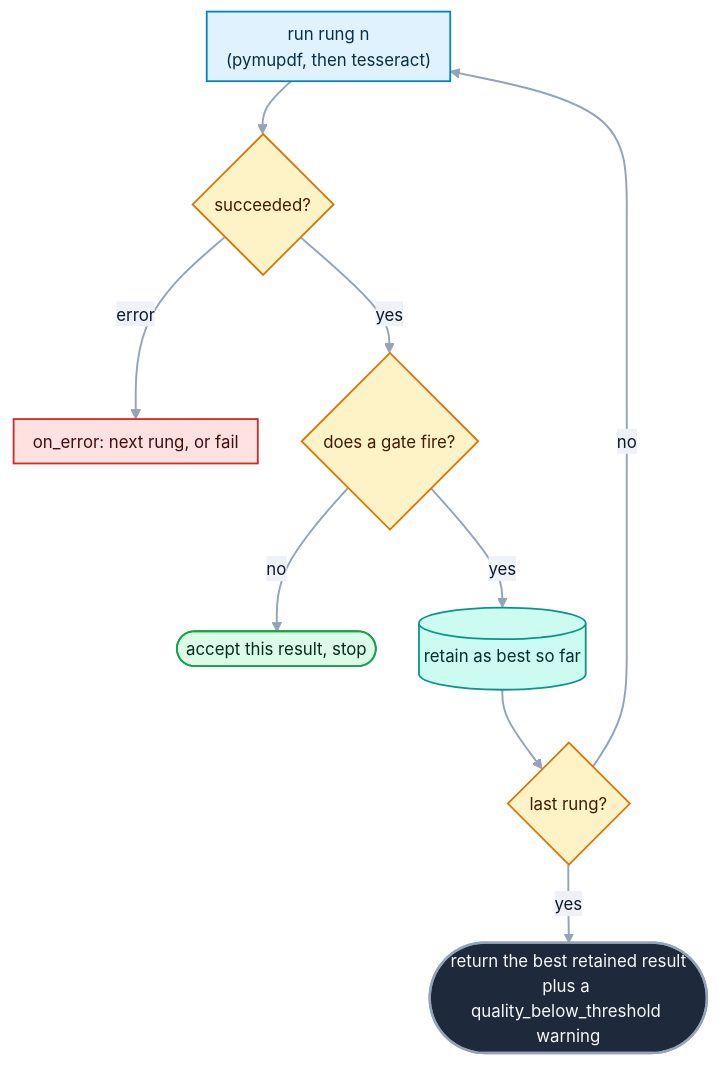
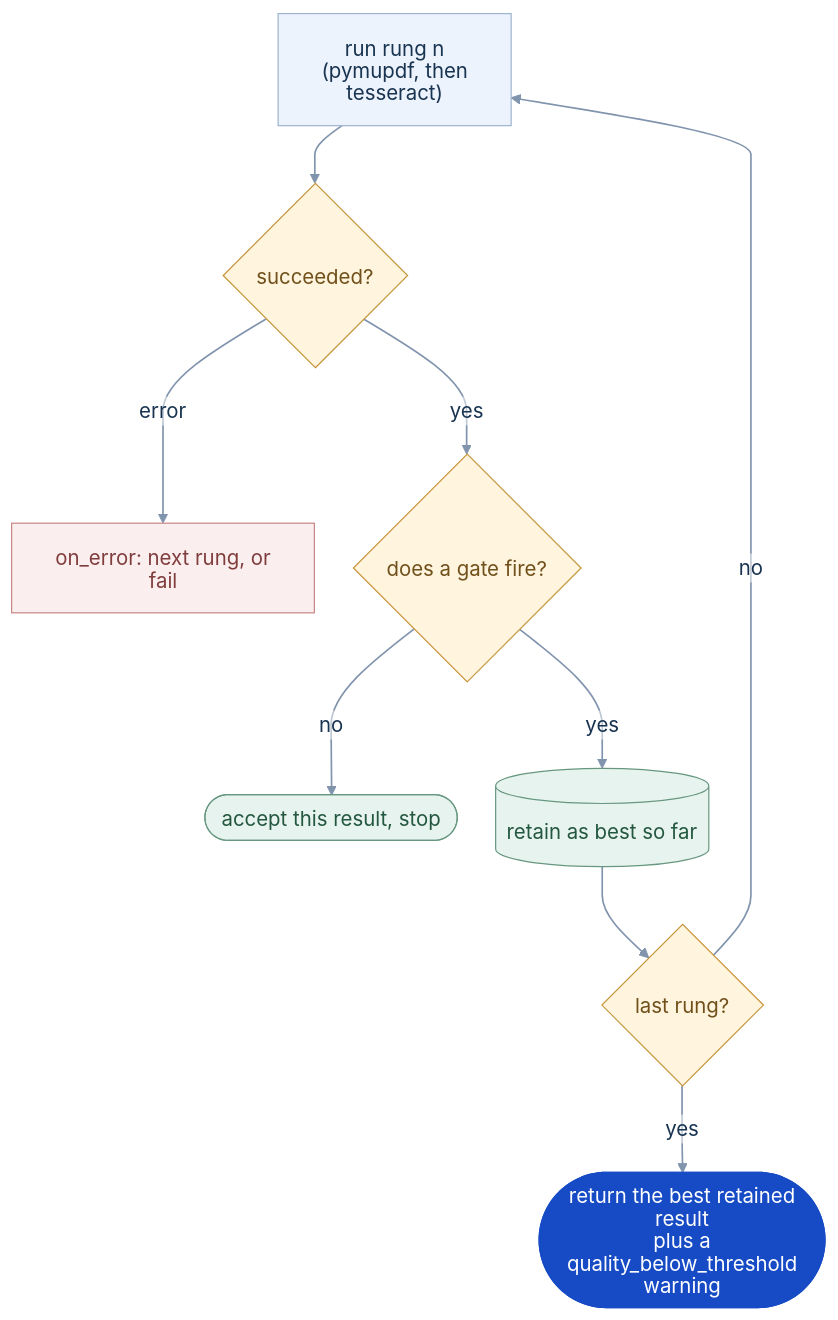
The third of 3 diagrams in tutorial/README.md (openreading-ai/openreading-core), drawn with Mermaid before and after one commit. The commit also changed other lines of this file and 32 other files, not shown here.

First line of the commit message:
docs: unify README diagrams and add tutorial website

````diff
--- a/tutorial/README.md
+++ b/tutorial/README.md
@@ -834,19 +863,21 @@
 ```mermaid
-%%{init: {"theme":"base","themeVariables":{"fontFamily":"ui-sans-serif, system-ui, -apple-system, Segoe UI, Roboto, sans-serif","fontSize":"14px","lineColor":"#94a3b8","textColor":"#334155","primaryTextColor":"#0f172a","edgeLabelBackground":"#eef2f7","clusterBkg":"#f8fafc","clusterBorder":"#cbd5e1","titleColor":"#334155"},"flowchart":{"curve":"basis","nodeSpacing":36,"rankSpacing":44,"padding":8,"useMaxWidth":true}}}%%
+%%{init: {"theme":"base","fontFamily":"Arial","deterministicIds":true,"deterministicIDSeed":"openreading","htmlLabels":false,"themeVariables":{"fontFamily":"Arial","fontSize":"17px","lineColor":"#8194ad","textColor":"#183451","primaryTextColor":"#183451","primaryColor":"#edf3fc","primaryBorderColor":"#9db4d0","edgeLabelBackground":"#ffffff","clusterBkg":"#f5f8fc","clusterBorder":"#d7e1ee","titleColor":"#183451","actorBkg":"#edf3fc","actorBorder":"#9db4d0","actorTextColor":"#183451","actorLineColor":"#9db4d0","signalColor":"#527095","signalTextColor":"#183451","labelBoxBkgColor":"#fff4de","labelBoxBorderColor":"#c6953a","labelTextColor":"#70501b","loopTextColor":"#527095","noteBkgColor":"#edf3fc","noteBorderColor":"#9db4d0","noteTextColor":"#183451","sequenceNumberColor":"#ffffff","activationBkgColor":"#e7f3ee","activationBorderColor":"#679780"},"flowchart":{"curve":"monotoneY","nodeSpacing":32,"rankSpacing":48,"padding":18,"useMaxWidth":true},"sequence":{"useMaxWidth":true,"actorMargin":65,"messageMargin":38,"mirrorActors":false}}}%%
 flowchart TD
   R["run rung n<br>(pymupdf, then tesseract)"]:::work --> OK{"succeeded?"}:::gate
   OK -- "error" --> NEXT["on_error: next rung, or fail"]:::bad
   OK -- "yes" --> G{"does a gate fire?"}:::gate
   G -- "no" --> ACC(["accept this result, stop"]):::good
   G -- "yes" --> KEEP[("retain as best so far")]:::store
   KEEP --> LAST{"last rung?"}:::gate
   LAST -- "no" --> R
   LAST -- "yes" --> BEST(["return the best retained result<br>plus a quality_below_threshold warning"]):::hero
-  classDef work fill:#e0f2fe,stroke:#0284c7,stroke-width:1.5px,color:#082f49;
-  classDef gate fill:#fef3c7,stroke:#d97706,stroke-width:1.5px,color:#451a03;
-  classDef good fill:#dcfce7,stroke:#16a34a,stroke-width:1.5px,color:#052e16;
-  classDef bad fill:#fee2e2,stroke:#dc2626,stroke-width:1.5px,color:#450a0a;
-  classDef store fill:#ccfbf1,stroke:#0d9488,stroke-width:1.5px,color:#042f2e;
-  classDef hero fill:#1e293b,stroke:#94a3b8,stroke-width:2px,color:#f8fafc;
-  linkStyle default stroke-width:1.6px;
+  classDef src fill:#f5f8fc,stroke:#a7b9d0,stroke-width:1px,color:#29445f;
+  classDef work fill:#edf3fc,stroke:#9db4d0,stroke-width:1px,color:#183451;
+  classDef gate fill:#fff4de,stroke:#c6953a,stroke-width:1px,color:#70501b;
+  classDef good fill:#e7f3ee,stroke:#679780,stroke-width:1px,color:#245740;
+  classDef bad fill:#fbeeee,stroke:#c78686,stroke-width:1px,color:#803d3d;
+  classDef store fill:#e7f3ee,stroke:#679780,stroke-width:1px,color:#245740;
+  classDef out fill:#edf3fc,stroke:#9db4d0,stroke-width:1px,color:#183451;
+  classDef hero fill:#164bc5,stroke:#164bc5,stroke-width:1px,color:#ffffff;
+  linkStyle default stroke-width:1.4px;
 ```
````
